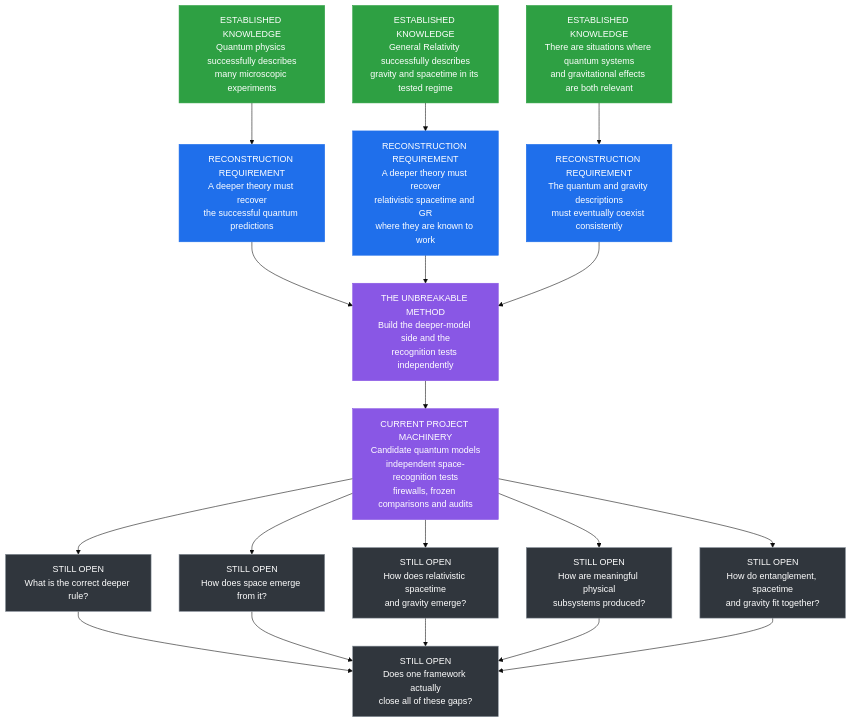
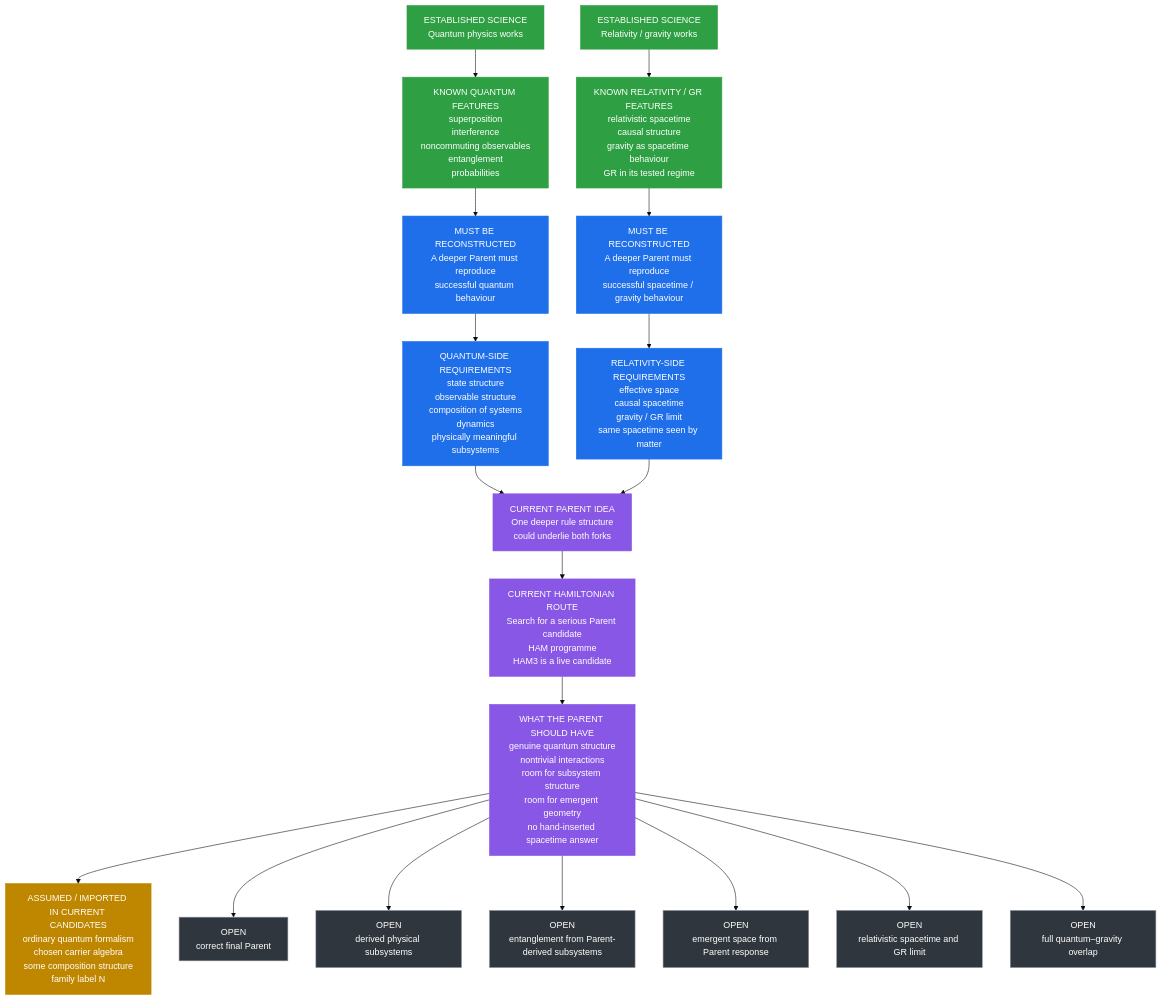
The second of 2 diagrams in Simplified_Framework/WHY_THIS_IS_NOT_A_THEORY_OF_EVERYTHING_YET.md (cameron467/The-Unbreakable-Law), drawn with Mermaid (base theme) before and after one commit. The commit also changed other lines of this file, not shown here.

````diff
--- a/Simplified_Framework/WHY_THIS_IS_NOT_A_THEORY_OF_EVERYTHING_YET.md
+++ b/Simplified_Framework/WHY_THIS_IS_NOT_A_THEORY_OF_EVERYTHING_YET.md
@@ -190,63 +51,74 @@
 ```mermaid
 flowchart TB
 
-    Q["ESTABLISHED KNOWLEDGE<br/>Quantum physics successfully describes<br/>many microscopic experiments"]
+    Q0["ESTABLISHED SCIENCE<br/>Quantum physics works"]
 
-    G["ESTABLISHED KNOWLEDGE<br/>General Relativity successfully describes<br/>gravity and spacetime in its tested regime"]
+    Q1["KNOWN QUANTUM FEATURES<br/>superposition<br/>interference<br/>noncommuting observables<br/>entanglement<br/>probabilities"]
 
-    O["ESTABLISHED KNOWLEDGE<br/>There are situations where quantum systems<br/>and gravitational effects are both relevant"]
+    Q2["MUST BE RECONSTRUCTED<br/>A deeper Parent must reproduce<br/>successful quantum behaviour"]
 
-    Q1["RECONSTRUCTION REQUIREMENT<br/>A deeper theory must recover<br/>the successful quantum predictions"]
+    Q3["QUANTUM-SIDE REQUIREMENTS<br/>state structure<br/>observable structure<br/>composition of systems<br/>dynamics<br/>physically meaningful subsystems"]
 
-    G1["RECONSTRUCTION REQUIREMENT<br/>A deeper theory must recover<br/>relativistic spacetime and GR<br/>where they are known to work"]
+    R0["ESTABLISHED SCIENCE<br/>Relativity / gravity works"]
 
-    O1["RECONSTRUCTION REQUIREMENT<br/>The quantum and gravity descriptions<br/>must eventually coexist consistently"]
+    R1["KNOWN RELATIVITY / GR FEATURES<br/>relativistic spacetime<br/>causal structure<br/>gravity as spacetime behaviour<br/>GR in its tested regime"]
 
-    T["THE UNBREAKABLE METHOD<br/>Build the deeper-model side and the<br/>recognition tests independently"]
+    R2["MUST BE RECONSTRUCTED<br/>A deeper Parent must reproduce<br/>successful spacetime / gravity behaviour"]
 
-    T1["CURRENT PROJECT MACHINERY<br/>Candidate quantum models<br/>independent space-recognition tests<br/>firewalls, frozen comparisons and audits"]
+    R3["RELATIVITY-SIDE REQUIREMENTS<br/>effective space<br/>causal spacetime<br/>gravity / GR limit<br/>same spacetime seen by matter"]
 
-    U1["STILL OPEN<br/>What is the correct deeper rule?"]
+    P0["CURRENT PARENT IDEA<br/>One deeper rule structure<br/>could underlie both forks"]
 
-    U2["STILL OPEN<br/>How does space emerge from it?"]
+    P1["CURRENT HAMILTONIAN ROUTE<br/>Search for a serious Parent candidate<br/>HAM programme<br/>HAM3 is a live candidate"]
 
-    U3["STILL OPEN<br/>How does relativistic spacetime<br/>and gravity emerge?"]
+    P2["WHAT THE PARENT SHOULD HAVE<br/>genuine quantum structure<br/>nontrivial interactions<br/>room for subsystem structure<br/>room for emergent geometry<br/>no hand-inserted spacetime answer"]
 
-    U4["STILL OPEN<br/>How are meaningful physical<br/>subsystems produced?"]
+    A1["ASSUMED / IMPORTED IN CURRENT CANDIDATES<br/>ordinary quantum formalism<br/>chosen carrier algebra<br/>some composition structure<br/>family label N"]
 
-    U5["STILL OPEN<br/>How do entanglement, spacetime<br/>and gravity fit together?"]
+    O1["OPEN<br/>correct final Parent"]
 
-    U6["STILL OPEN<br/>Does one framework actually<br/>close all of these gaps?"]
+    O2["OPEN<br/>derived physical subsystems"]
 
-    Q --> Q1
-    G --> G1
-    O --> O1
+    O3["OPEN<br/>entanglement from Parent-derived subsystems"]
 
-    Q1 --> T
-    G1 --> T
-    O1 --> T
+    O4["OPEN<br/>emergent space from Parent response"]
 
-    T --> T1
+    O5["OPEN<br/>relativistic spacetime and GR limit"]
 
-    T1 --> U1
-    T1 --> U2
-    T1 --> U3
-    T1 --> U4
-    T1 --> U5
+    O6["OPEN<br/>full quantum–gravity overlap"]
 
-    U1 --> U6
-    U2 --> U6
-    U3 --> U6
-    U4 --> U6
-    U5 --> U6
+    Q0 --> Q1
+    Q1 --> Q2
+    Q2 --> Q3
+
+    R0 --> R1
+    R1 --> R2
+    R2 --> R3
+
+    Q3 --> P0
+    R3 --> P0
+
+    P0 --> P1
+    P1 --> P2
+
+    P2 --> A1
+
+    P2 --> O1
+    P2 --> O2
+    P2 --> O3
+    P2 --> O4
+    P2 --> O5
+    P2 --> O6
 
     classDef known fill:#2ea043,stroke:#2ea043,color:#ffffff;
-    classDef target fill:#1f6feb,stroke:#1f6feb,color:#ffffff;
-    classDef project fill:#8957e5,stroke:#8957e5,color:#ffffff;
+    classDef required fill:#1f6feb,stroke:#1f6feb,color:#ffffff;
+    classDef candidate fill:#8957e5,stroke:#8957e5,color:#ffffff;
+    classDef assumed fill:#bf8700,stroke:#bf8700,color:#ffffff;
     classDef open fill:#30363d,stroke:#8b949e,color:#ffffff;
 
-    class Q,G,O known;
-    class Q1,G1,O1 target;
-    class T,T1 project;
-    class U1,U2,U3,U4,U5,U6 open;
+    class Q0,Q1,R0,R1 known;
+    class Q2,Q3,R2,R3 required;
+    class P0,P1,P2 candidate;
+    class A1 assumed;
+    class O1,O2,O3,O4,O5,O6 open;
 ```
````
